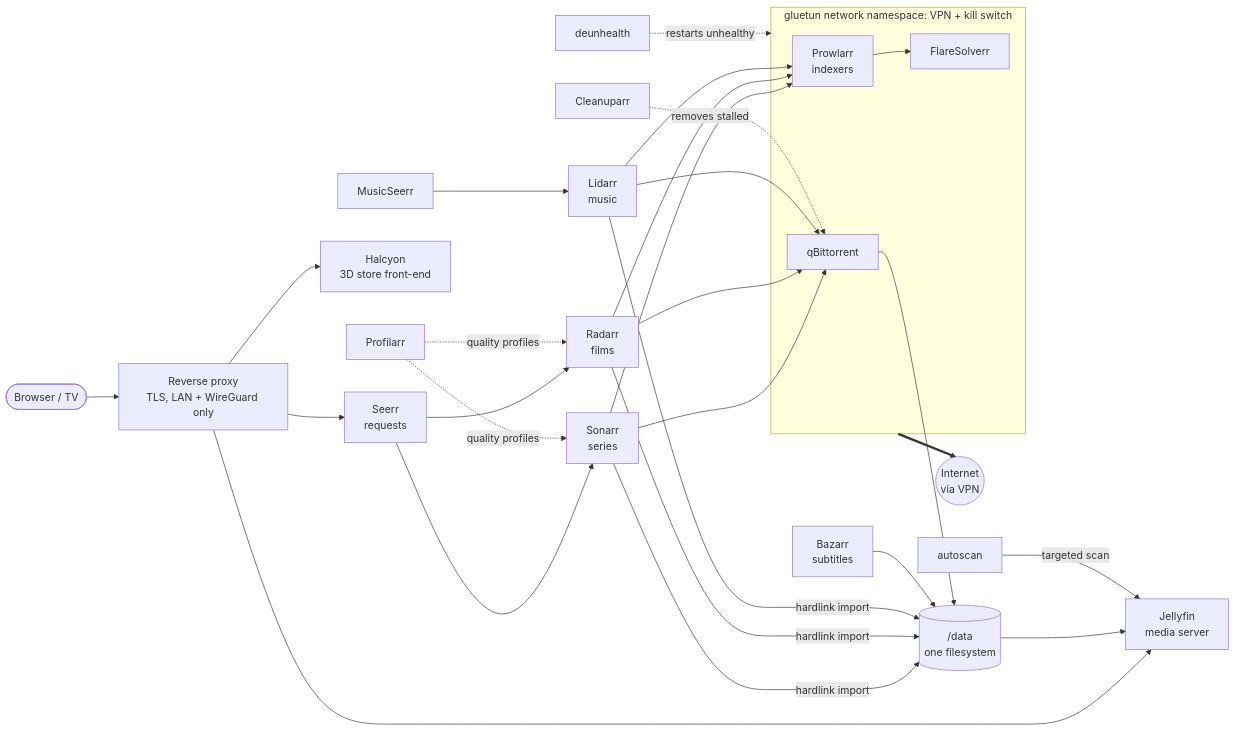
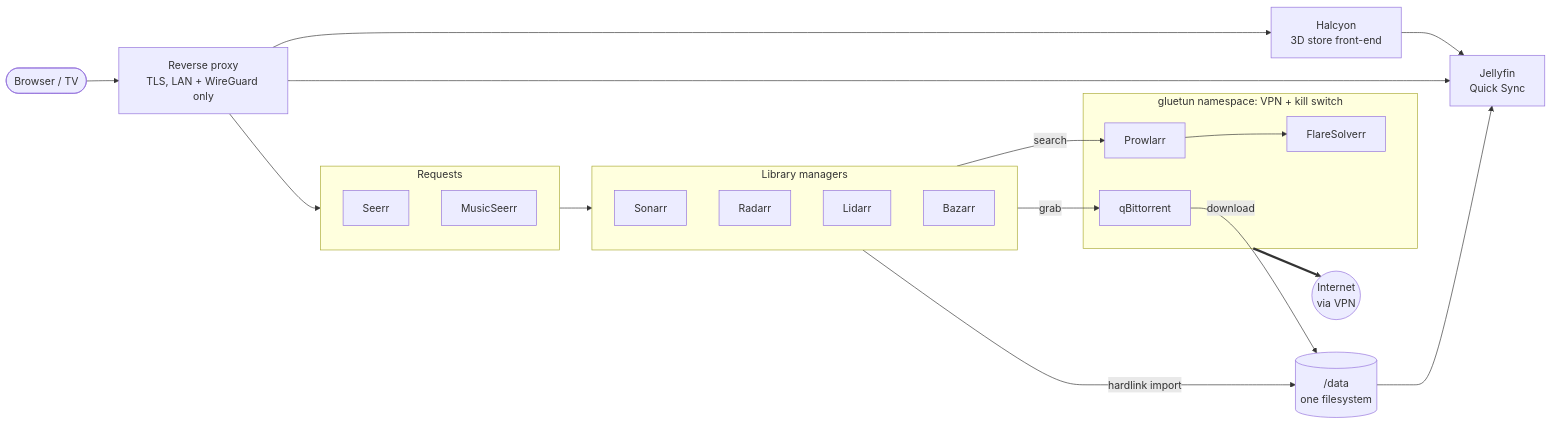
One commit to 0xKernelPanic/homelab-media-stack changed the diagram in README.md. Above: the diagram before and after it, drawn with Mermaid. The commit also changed other lines of this file and 1 other file, not shown here.

Commit message:
Public domain licence, a readable diagram, accurate wording
Release under The Unlicense. Lay the diagram out in layers and leave
the helper services to the table. Say precisely what goes through the
VPN (trackers and indexers), and that CI also rejects floating tags.

````diff
--- a/README.md
+++ b/README.md
@@ -9,31 +9,35 @@
 ```mermaid
 flowchart LR
     user([Browser / TV]) --> rp[Reverse proxy<br/>TLS, LAN + WireGuard only]
-    rp --> seerr[Seerr<br/>requests]
-    rp --> jellyfin[Jellyfin<br/>media server]
+    rp --> requests
     rp --> halcyon[Halcyon<br/>3D store front-end]
+    rp --> jellyfin
 
-    seerr --> sonarr[Sonarr<br/>series]
-    seerr --> radarr[Radarr<br/>films]
-    musicseerr[MusicSeerr] --> lidarr[Lidarr<br/>music]
+    subgraph requests[Requests]
+        seerr[Seerr]
+        musicseerr[MusicSeerr]
+    end
 
-    subgraph vpn[gluetun network namespace: VPN + kill switch]
-        prowlarr[Prowlarr<br/>indexers]
+    subgraph managers[Library managers]
+        sonarr[Sonarr]
+        radarr[Radarr]
+        lidarr[Lidarr]
+        bazarr[Bazarr]
+    end
+
+    subgraph vpn[gluetun namespace: VPN + kill switch]
+        prowlarr[Prowlarr]
         flaresolverr[FlareSolverr]
         qbit[qBittorrent]
     end
 
-    sonarr & radarr & lidarr --> prowlarr
+    requests --> managers
+    managers -- search --> prowlarr
     prowlarr --> flaresolverr
-    sonarr & radarr & lidarr --> qbit
+    managers -- grab --> qbit
     vpn ==> internet((Internet<br/>via VPN))
-
-    qbit --> data[(/data<br/>one filesystem)]
-    sonarr & radarr & lidarr -- hardlink import --> data
-    bazarr[Bazarr<br/>subtitles] --> data
-    data --> jellyfin
-    autoscan[autoscan] -- targeted scan --> jellyfin
-    cleanuparr[Cleanuparr] -. removes stalled .-> qbit
-    profilarr[Profilarr] -. quality profiles .-> sonarr & radarr
-    deunhealth[deunhealth] -. restarts unhealthy .-> vpn
+    qbit -- download --> data[(/data<br/>one filesystem)]
+    managers -- hardlink import --> data
+    data --> jellyfin[Jellyfin<br/>Quick Sync]
+    halcyon --> jellyfin
 ```
````
